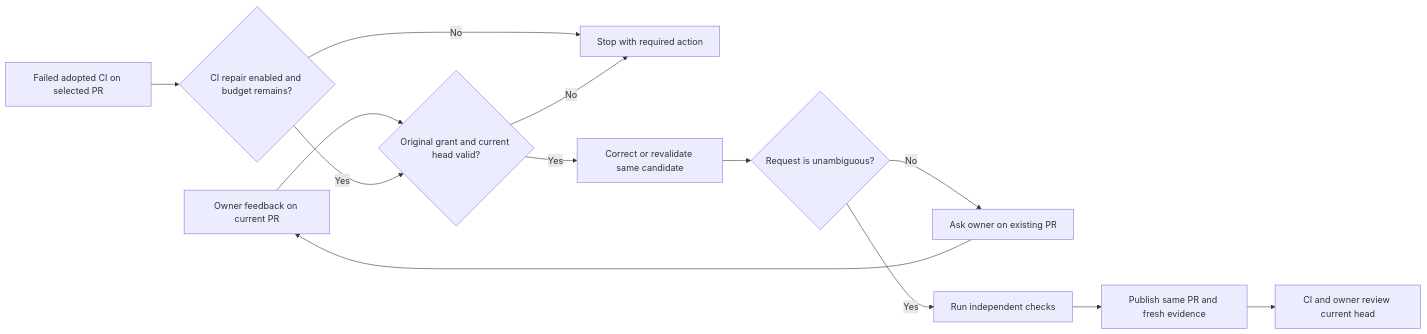
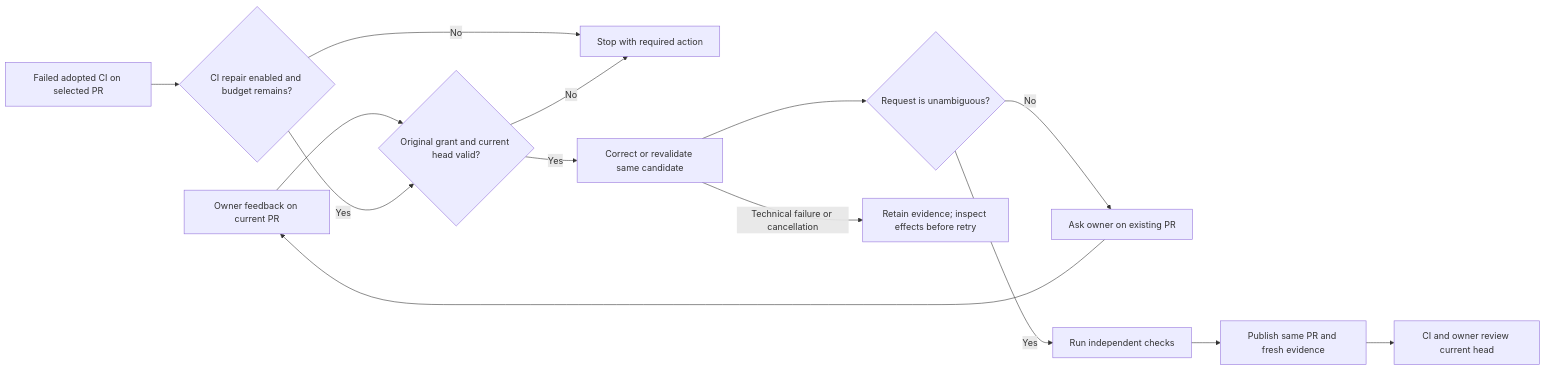
One commit to juangcarmona/lighthouse changed the diagram in docs/architecture/06-runtime-view/apply-review.md. Above: the diagram before and after it, drawn with Mermaid. The commit also changed other lines of this file and 17 other files, not shown here.

````diff
--- a/docs/architecture/06-runtime-view/apply-review.md
+++ b/docs/architecture/06-runtime-view/apply-review.md
@@ -5,17 +5,18 @@
 ```mermaid
 flowchart LR
     accTitle: Apply review
     accDescr: Owner feedback on an eligible proposal or implementation PR requests a correction of that same branch. Optional CI repair enters the same worker through a separately authenticated failure event.
     Feedback[Owner feedback on current PR] --> Admit{Original grant and current head valid?}
     CI[Failed adopted CI on selected PR] --> Budget{CI repair enabled and budget remains?}
     Budget -->|Yes| Admit
     Budget -->|No| Stop[Stop with required action]
     Admit -->|No| Stop
     Admit -->|Yes| Correct[Correct or revalidate same candidate]
     Correct --> Clear{Request is unambiguous?}
     Clear -->|No| Question[Ask owner on existing PR]
     Question --> Feedback
     Clear -->|Yes| Checks[Run independent checks]
     Checks --> Publish[Publish same PR and fresh evidence]
     Publish --> Review[CI and owner review current head]
+    Correct -->|Technical failure or cancellation| Failure[Retain evidence; inspect effects before retry]
 ```
````
